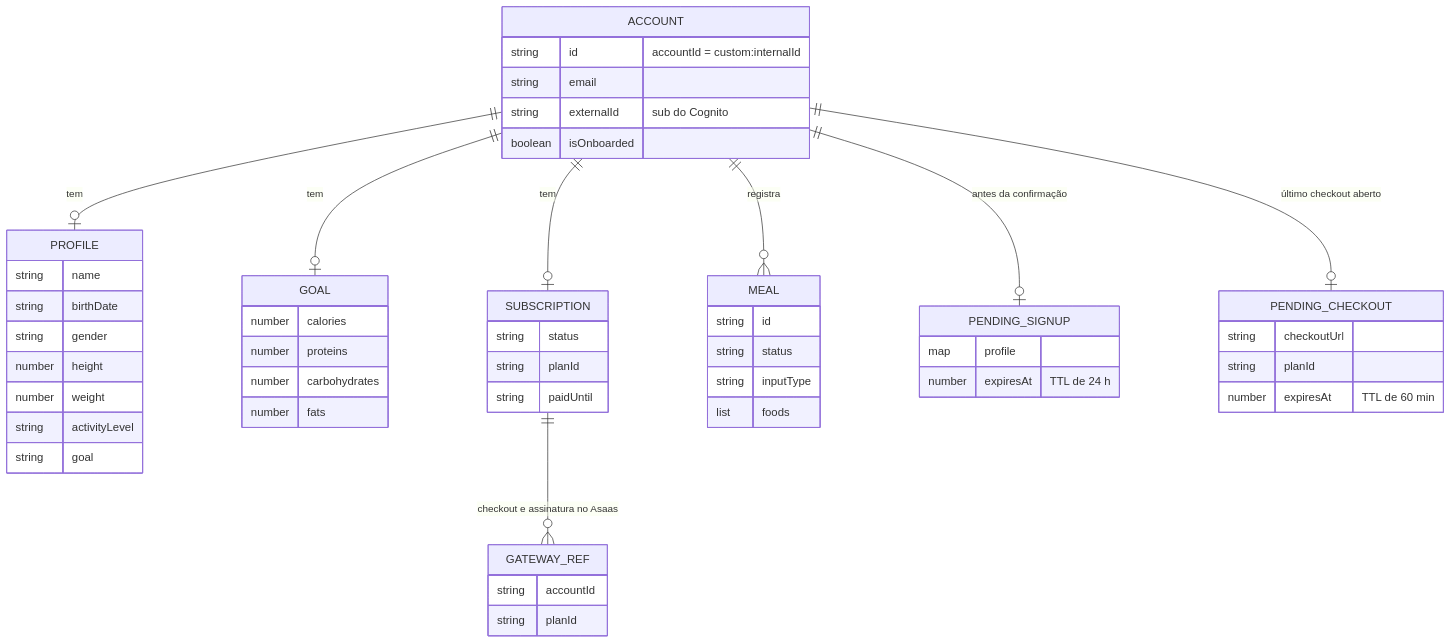
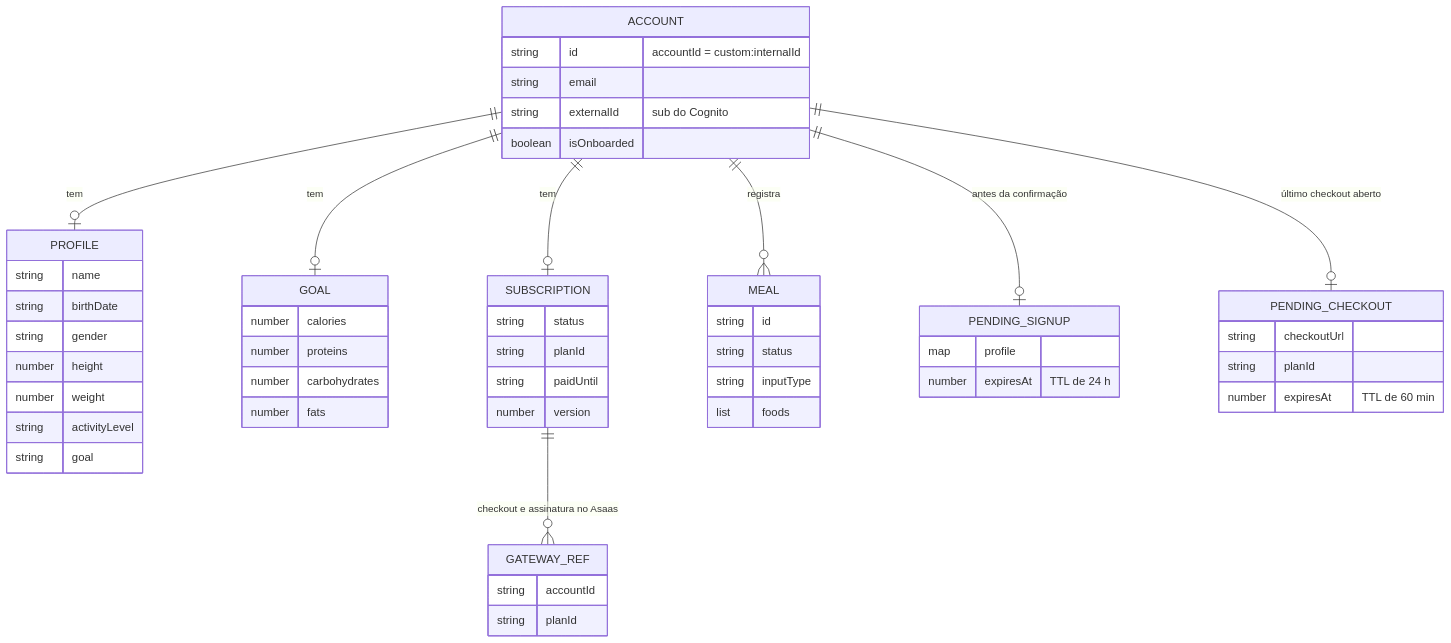
Before and after one commit to nivaldoandrade/nacal-api: the diagram in docs/guide/03-modelo-de-dados.md, drawn with Mermaid. The commit also changed other lines of this file and 16 other files, not shown here.

````diff
--- a/docs/guide/03-modelo-de-dados.md
+++ b/docs/guide/03-modelo-de-dados.md
@@ -22,56 +22,57 @@
 ```mermaid
 erDiagram
     ACCOUNT ||--o| PROFILE : "tem"
     ACCOUNT ||--o| GOAL : "tem"
     ACCOUNT ||--o| SUBSCRIPTION : "tem"
     ACCOUNT ||--o{ MEAL : "registra"
     ACCOUNT ||--o| PENDING_SIGNUP : "antes da confirmação"
     ACCOUNT ||--o| PENDING_CHECKOUT : "último checkout aberto"
     SUBSCRIPTION ||--o{ GATEWAY_REF : "checkout e assinatura no Asaas"
 
     ACCOUNT {
         string id "accountId = custom:internalId"
         string email
         string externalId "sub do Cognito"
         boolean isOnboarded
     }
     PROFILE {
         string name
         string birthDate
         string gender
         number height
         number weight
         string activityLevel
         string goal
     }
     GOAL {
         number calories
         number proteins
         number carbohydrates
         number fats
     }
     SUBSCRIPTION {
         string status
         string planId
         string paidUntil
+        number version
     }
     MEAL {
         string id
         string status
         string inputType
         list foods
     }
     PENDING_SIGNUP {
         map profile
         number expiresAt "TTL de 24 h"
     }
     GATEWAY_REF {
         string accountId
         string planId
     }
     PENDING_CHECKOUT {
         string checkoutUrl
         string planId
         number expiresAt "TTL de 60 min"
     }
 ```
````
